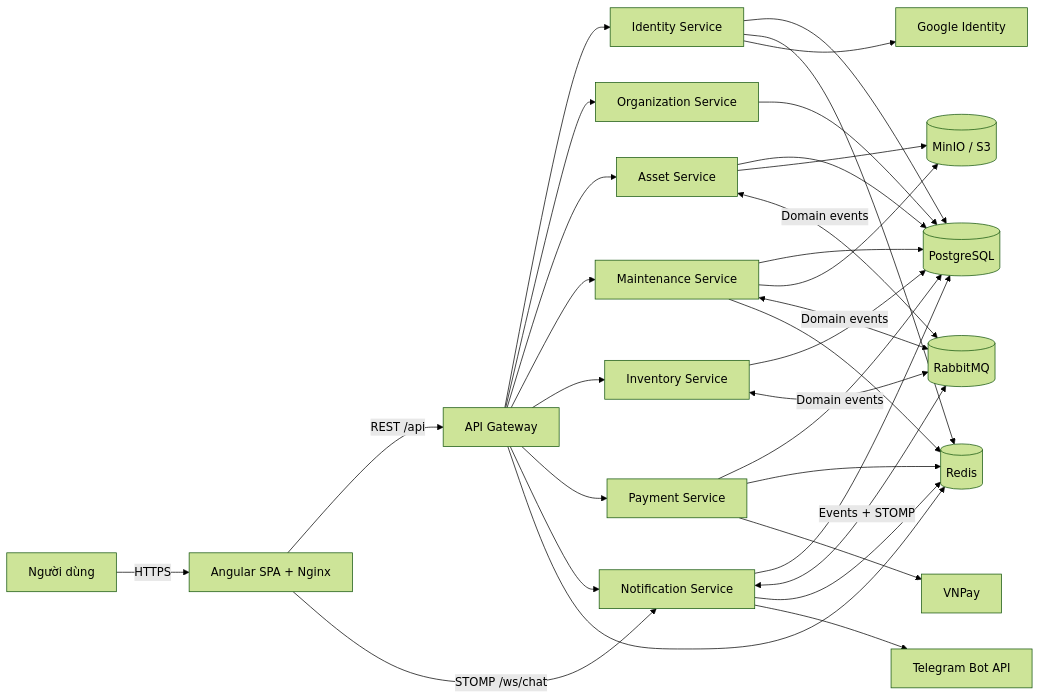
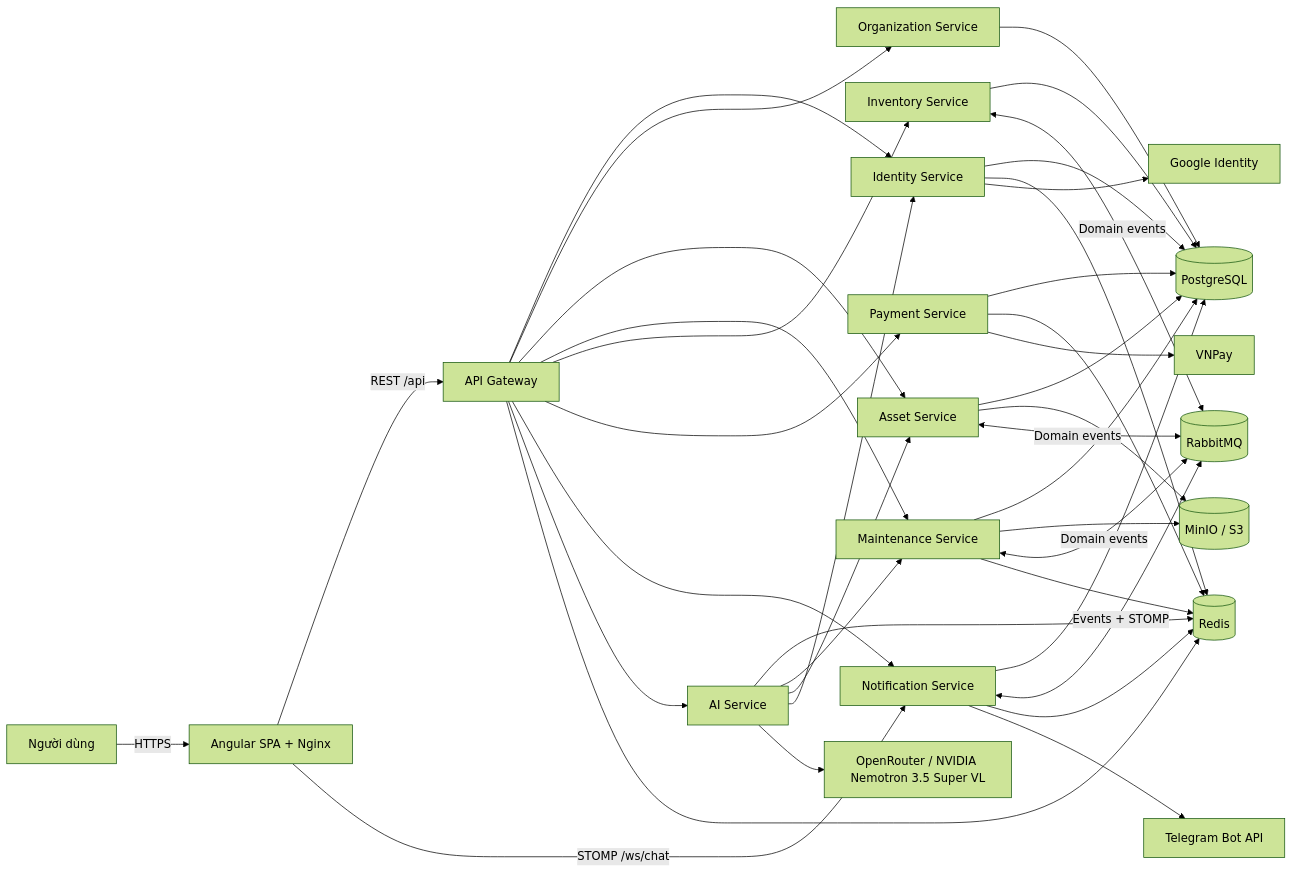
The first of 3 diagrams in SYSTEM_OVERVIEW.md (toannguyen1504/quanlybaotri), drawn with Mermaid (forest theme) before and after one commit. The commit also changed other lines of this file and 54 other files, not shown here.

````diff
--- a/SYSTEM_OVERVIEW.md
+++ b/SYSTEM_OVERVIEW.md
@@ -35,39 +35,46 @@
 ```mermaid
 flowchart LR
     U[Người dùng] -->|HTTPS| WEB[Angular SPA + Nginx]
     WEB -->|REST /api| GW[API Gateway]
     WEB -->|STOMP /ws/chat| NOTI[Notification Service]
 
     GW --> ID[Identity Service]
     GW --> ORG[Organization Service]
     GW --> ASSET[Asset Service]
     GW --> MAINT[Maintenance Service]
     GW --> INV[Inventory Service]
     GW --> PAY[Payment Service]
     GW --> NOTI
+    GW --> AI[AI Service]
 
     ID --> PG[(PostgreSQL)]
     ORG --> PG
     ASSET --> PG
     MAINT --> PG
     INV --> PG
     PAY --> PG
     NOTI --> PG
 
     ASSET --> S3[(MinIO / S3)]
     MAINT --> S3
     MAINT <-->|Domain events| MQ[(RabbitMQ)]
     INV <-->|Domain events| MQ
     ASSET <-->|Domain events| MQ
     NOTI <-->|Events + STOMP| MQ
 
     GW --> REDIS[(Redis)]
     ID --> REDIS
     MAINT --> REDIS
     PAY --> REDIS
     NOTI --> REDIS
+    AI --> REDIS
+
+    AI --> MAINT
+    AI --> ASSET
+    AI --> ID
+    AI --> OPENROUTER[OpenRouter / NVIDIA Nemotron 3.5 Super VL]
 
     PAY --> VNPAY[VNPay]
     NOTI --> TELEGRAM[Telegram Bot API]
     ID --> GOOGLE[Google Identity]
 ```
````
